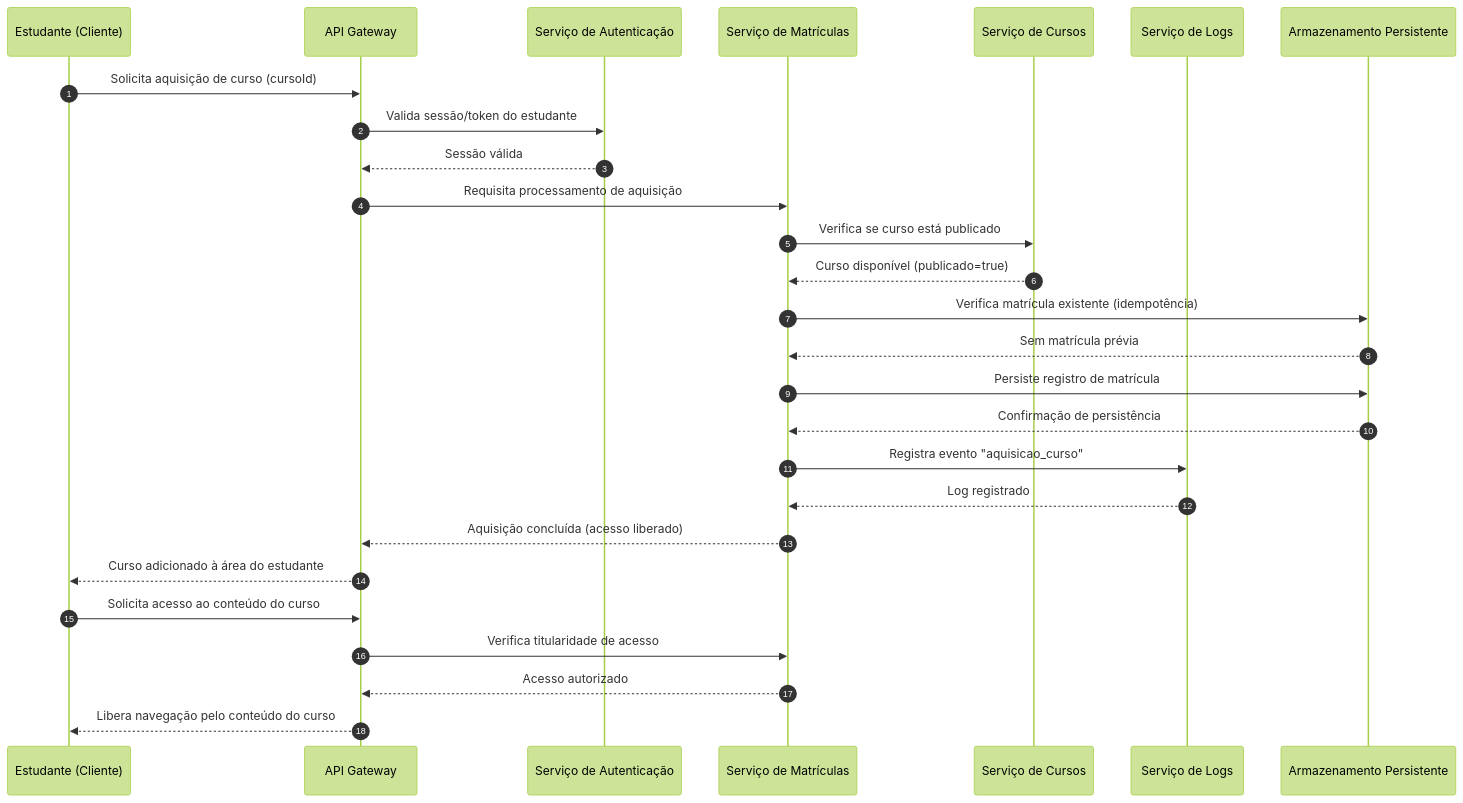
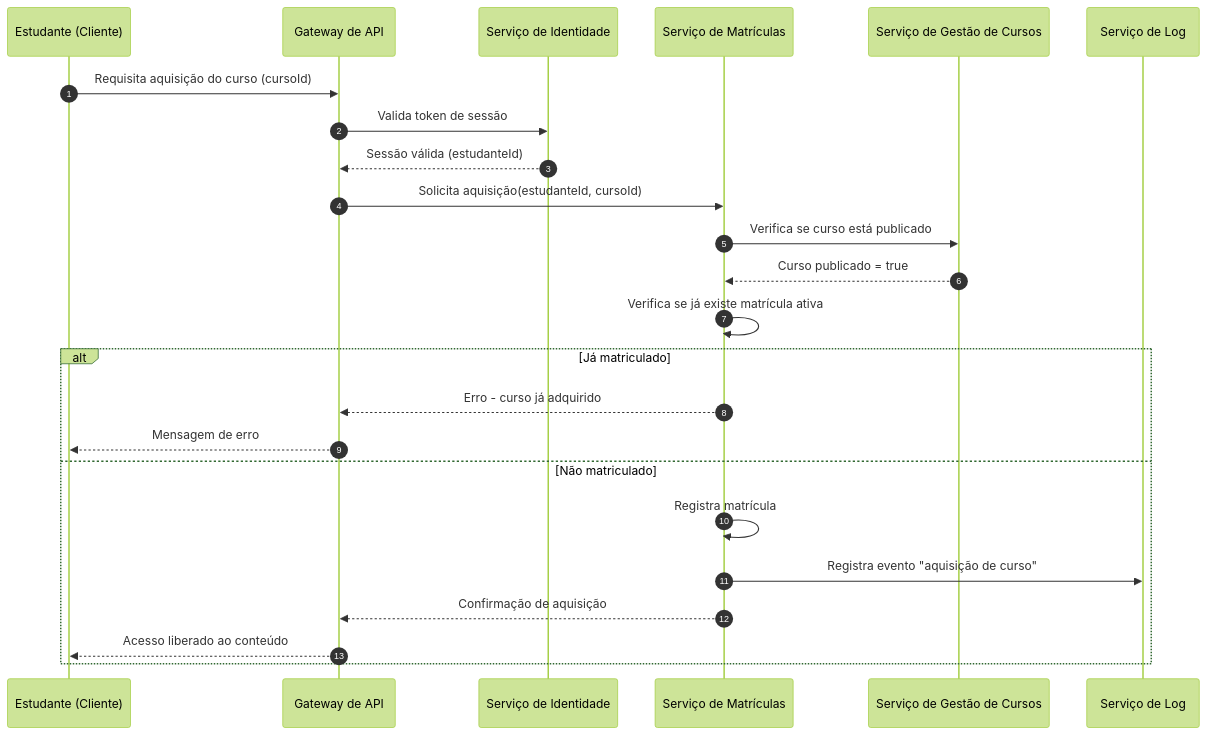
Before and after one commit to PDC-ESIA/AI4ES: the second of 3 diagrams in docs/Time_2_Design/analise-qualitativa/outputs/relatorio_claude_sonnet_5_M01.md, drawn with Mermaid (forest theme). The commit also changed other lines of this file and 107 other files, not shown here.

````diff
--- a/docs/Time_2_Design/analise-qualitativa/outputs/relatorio_claude_sonnet_5_M01.md
+++ b/docs/Time_2_Design/analise-qualitativa/outputs/relatorio_claude_sonnet_5_M01.md
@@ -84,30 +88,27 @@
 ```mermaid
 sequenceDiagram
     autonumber
-    participant Est as Estudante (Cliente)
-    participant GW as API Gateway
-    participant Auth as Serviço de Autenticação
-    participant Enroll as Serviço de Matrículas
-    participant Course as Serviço de Cursos
-    participant Log as Serviço de Logs
-    participant Data as Armazenamento Persistente
+    participant EST as Estudante (Cliente)
+    participant GW as Gateway de API
+    participant AUTH as Serviço de Identidade
+    participant MAT as Serviço de Matrículas
+    participant CURSO as Serviço de Gestão de Cursos
+    participant LOG as Serviço de Log
 
-    Est->>GW: Solicita aquisição de curso (cursoId)
-    GW->>Auth: Valida sessão/token do estudante
-    Auth-->>GW: Sessão válida
-    GW->>Enroll: Requisita processamento de aquisição
-    Enroll->>Course: Verifica se curso está publicado
-    Course-->>Enroll: Curso disponível (publicado=true)
-    Enroll->>Data: Verifica matrícula existente (idempotência)
-    Data-->>Enroll: Sem matrícula prévia
-    Enroll->>Data: Persiste registro de matrícula
-    Data-->>Enroll: Confirmação de persistência
-    Enroll->>Log: Registra evento "aquisicao_curso"
-    Log-->>Enroll: Log registrado
-    Enroll-->>GW: Aquisição concluída (acesso liberado)
-    GW-->>Est: Curso adicionado à área do estudante
-    Est->>GW: Solicita acesso ao conteúdo do curso
-    GW->>Enroll: Verifica titularidade de acesso
-    Enroll-->>GW: Acesso autorizado
-    GW-->>Est: Libera navegação pelo conteúdo do curso
+    EST->>GW: Requisita aquisição do curso (cursoId)
+    GW->>AUTH: Valida token de sessão
+    AUTH-->>GW: Sessão válida (estudanteId)
+    GW->>MAT: Solicita aquisição(estudanteId, cursoId)
+    MAT->>CURSO: Verifica se curso está publicado
+    CURSO-->>MAT: Curso publicado = true
+    MAT->>MAT: Verifica se já existe matrícula ativa
+    alt Já matriculado
+        MAT-->>GW: Erro - curso já adquirido
+        GW-->>EST: Mensagem de erro
+    else Não matriculado
+        MAT->>MAT: Registra matrícula
+        MAT->>LOG: Registra evento "aquisição de curso"
+        MAT-->>GW: Confirmação de aquisição
+        GW-->>EST: Acesso liberado ao conteúdo
+    end
 ```
````
